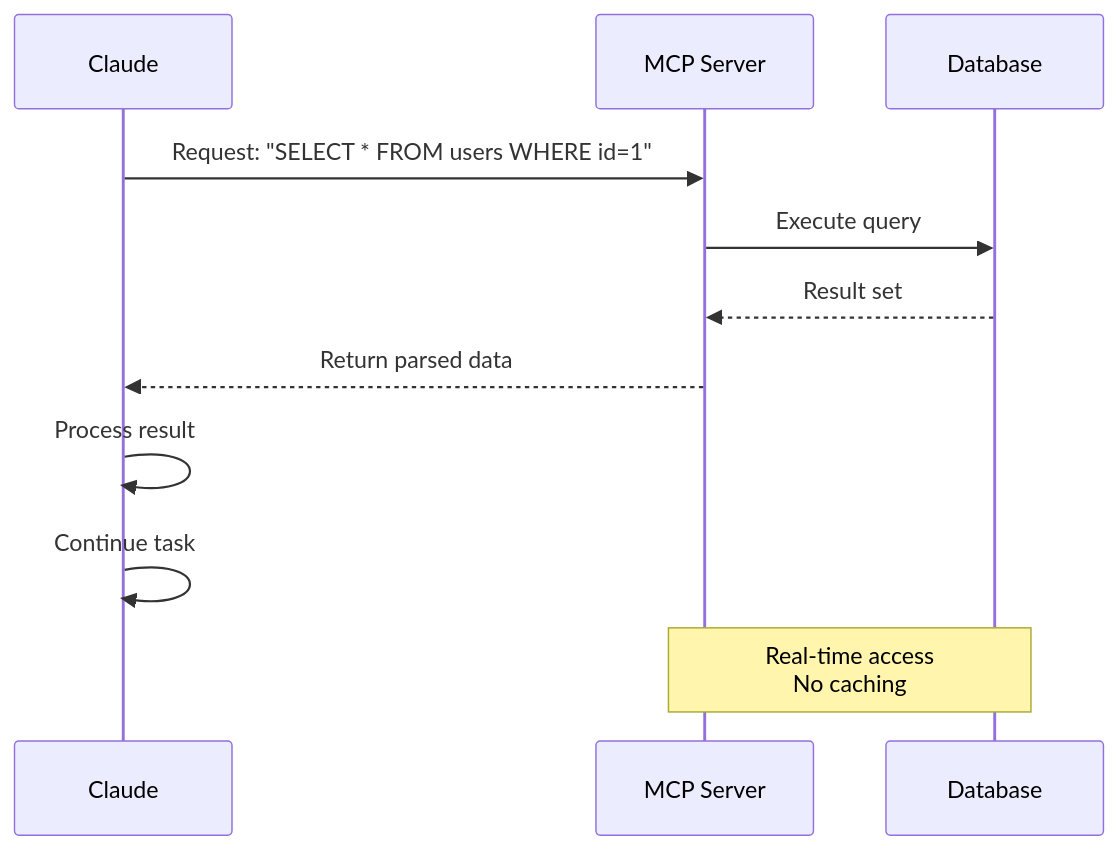
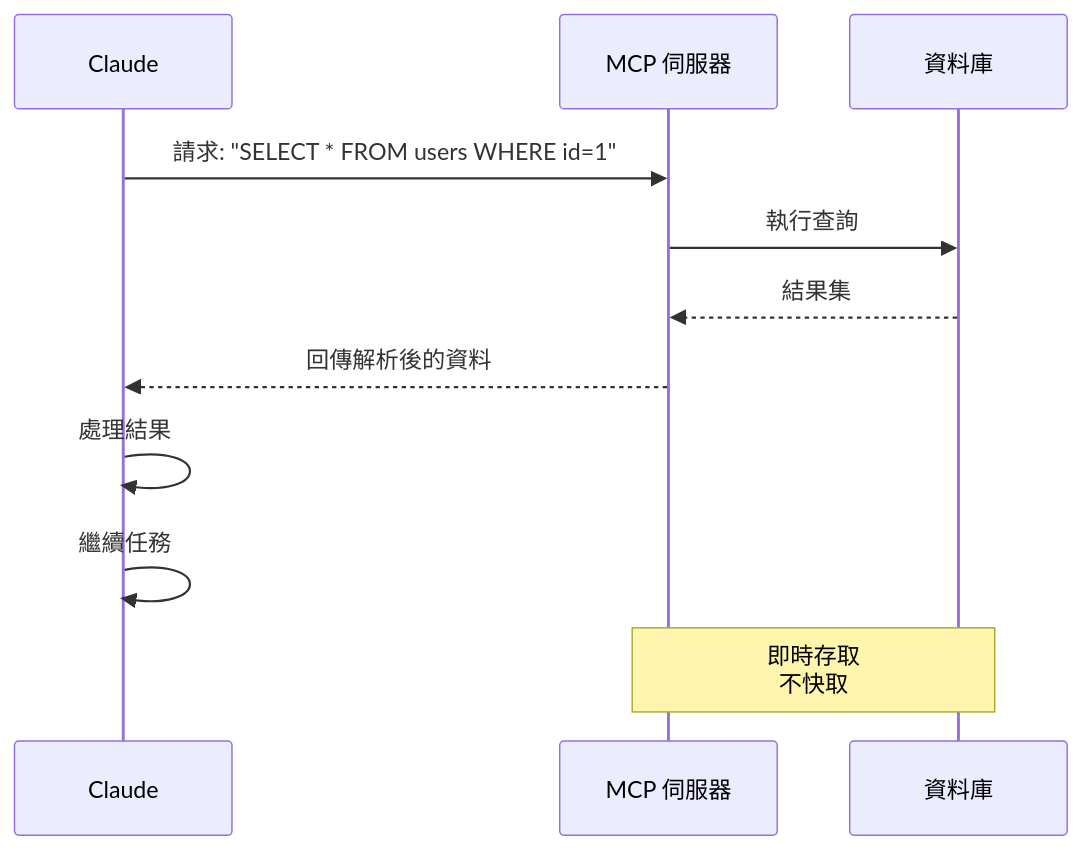
The fifth of 7 diagrams in 05-mcp/README.md (huckly/claude-howto-zh-tw), drawn with Mermaid before and after one commit. The commit also changed other lines of this file, not shown here.

Commit message:
🔌 05-mcp：MCP Protocol — 同步上游更新並翻譯

````diff
--- a/05-mcp/README.md
+++ b/05-mcp/README.md
@@ -582,15 +575,15 @@
 ```mermaid
 sequenceDiagram
     participant App as Claude
-    participant MCP as MCP Server
-    participant DB as Database
+    participant MCP as MCP 伺服器
+    participant DB as 資料庫
 
-    App->>MCP: Request: "SELECT * FROM users WHERE id=1"
-    MCP->>DB: Execute query
-    DB-->>MCP: Result set
-    MCP-->>App: Return parsed data
-    App->>App: Process result
-    App->>App: Continue task
+    App->>MCP: 請求: "SELECT * FROM users WHERE id=1"
+    MCP->>DB: 執行查詢
+    DB-->>MCP: 結果集
+    MCP-->>App: 回傳解析後的資料
+    App->>App: 處理結果
+    App->>App: 繼續任務
 
-    Note over MCP,DB: Real-time access<br/>No caching
+    Note over MCP,DB: 即時存取<br/>不快取
 ```
````
